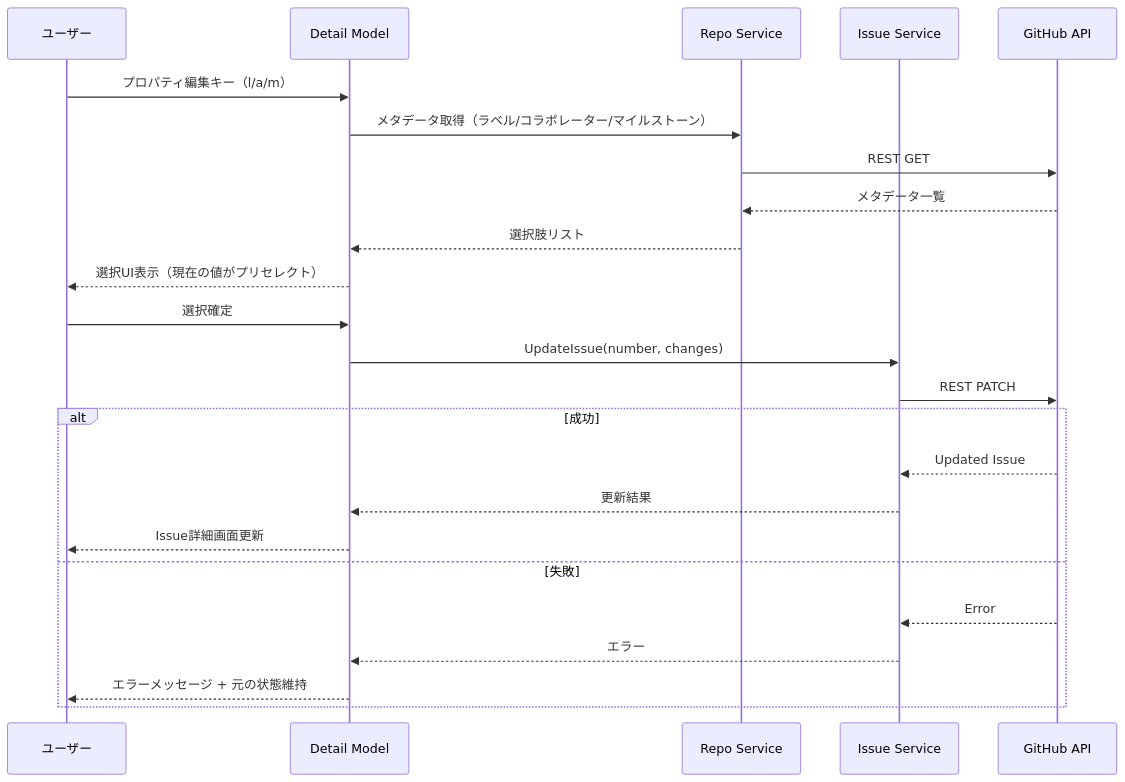
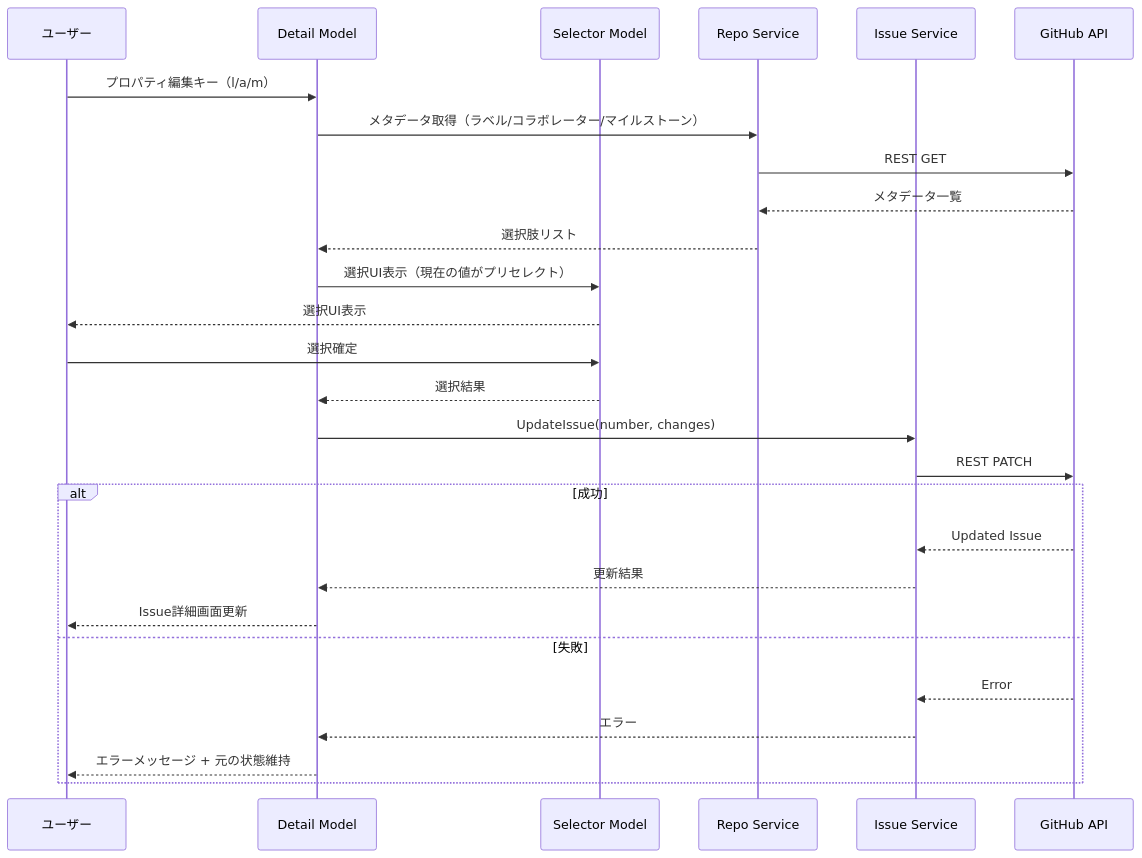
The sixth of 7 diagrams in .kiro/specs/gh-issue-kanban-tui/design.md (masamichhhhi/gh-tuissue), drawn with Mermaid before and after one commit. The commit also changed other lines of this file and 9 other files, not shown here.

````diff
--- a/.kiro/specs/gh-issue-kanban-tui/design.md
+++ b/.kiro/specs/gh-issue-kanban-tui/design.md
@@ -232,27 +239,30 @@
 ```mermaid
 sequenceDiagram
     participant U as ユーザー
     participant Detail as Detail Model
+    participant Selector as Selector Model
     participant RSvc as Repo Service
     participant ISvc as Issue Service
     participant API as GitHub API
 
     U->>Detail: プロパティ編集キー（l/a/m）
     Detail->>RSvc: メタデータ取得（ラベル/コラボレーター/マイルストーン）
     RSvc->>API: REST GET
     API-->>RSvc: メタデータ一覧
     RSvc-->>Detail: 選択肢リスト
-    Detail-->>U: 選択UI表示（現在の値がプリセレクト）
-    U->>Detail: 選択確定
+    Detail->>Selector: 選択UI表示（現在の値がプリセレクト）
+    Selector-->>U: 選択UI表示
+    U->>Selector: 選択確定
+    Selector-->>Detail: 選択結果
     Detail->>ISvc: UpdateIssue(number, changes)
     ISvc->>API: REST PATCH
     alt 成功
         API-->>ISvc: Updated Issue
         ISvc-->>Detail: 更新結果
         Detail-->>U: Issue詳細画面更新
     else 失敗
         API-->>ISvc: Error
         ISvc-->>Detail: エラー
         Detail-->>U: エラーメッセージ + 元の状態維持
     end
 ```
````
